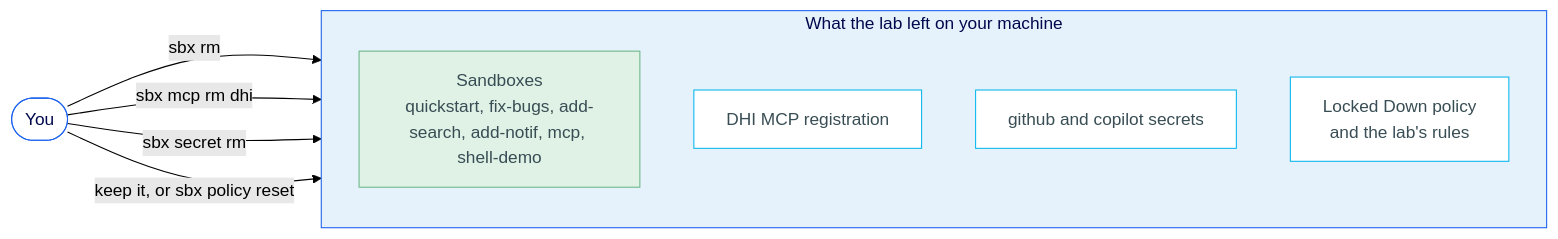
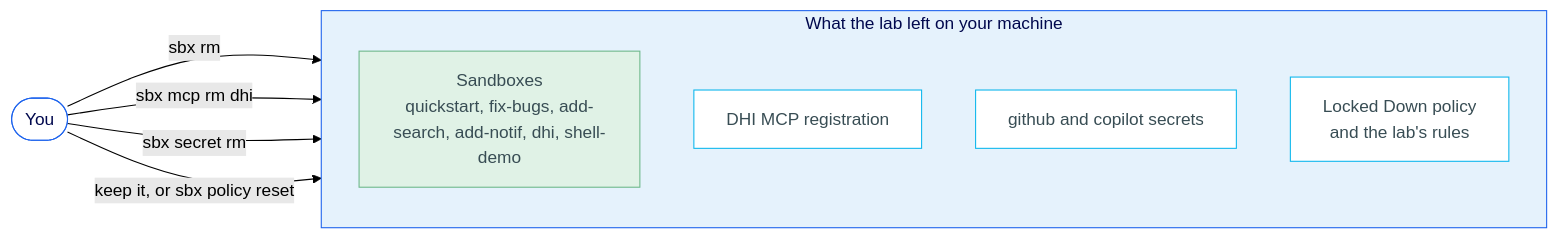
The diagram in simspace/labs/docker-sandboxes-copilot/11-wrap-up.md (mathieu-benoit/sbx-lab), drawn with Mermaid (forest theme) before and after one commit. The commit also changed other lines of this file and 7 other files, not shown here.

First line of the commit message:
Name the MCP servers module's sandbox dhi instead of mcp

````diff
--- a/simspace/labs/docker-sandboxes-copilot/11-wrap-up.md
+++ b/simspace/labs/docker-sandboxes-copilot/11-wrap-up.md
@@ -19,24 +19,24 @@
 ```mermaid
 graph LR
     You(["You"])
 
     subgraph Lab["What the lab left on your machine"]
         direction TB
-        Sandboxes["Sandboxes<br/>quickstart, fix-bugs, add-search, add-notif, mcp, shell-demo"]
+        Sandboxes["Sandboxes<br/>quickstart, fix-bugs, add-search, add-notif, dhi, shell-demo"]
         McpRegistration["DHI MCP registration"]
         Secrets["github and copilot secrets"]
         Policy["Locked Down policy<br/>and the lab's rules"]
     end
 
     You -->|sbx rm| Sandboxes
     You -->|sbx mcp rm dhi| McpRegistration
     You -->|sbx secret rm| Secrets
     You -->|"keep it, or sbx policy reset"| Policy
 
     style Lab fill:#E5F2FC,stroke:#1D63ED,color:#00084D
     style Sandboxes fill:#e0f2e6,stroke:#6db88a,color:#384D54
     style McpRegistration fill:#fff,stroke:#0DB7ED,color:#384D54
     style Secrets fill:#fff,stroke:#0DB7ED,color:#384D54
     style Policy fill:#fff,stroke:#0DB7ED,color:#384D54
     style You fill:#fff,stroke:#1D63ED,color:#00084D
 ```
````
